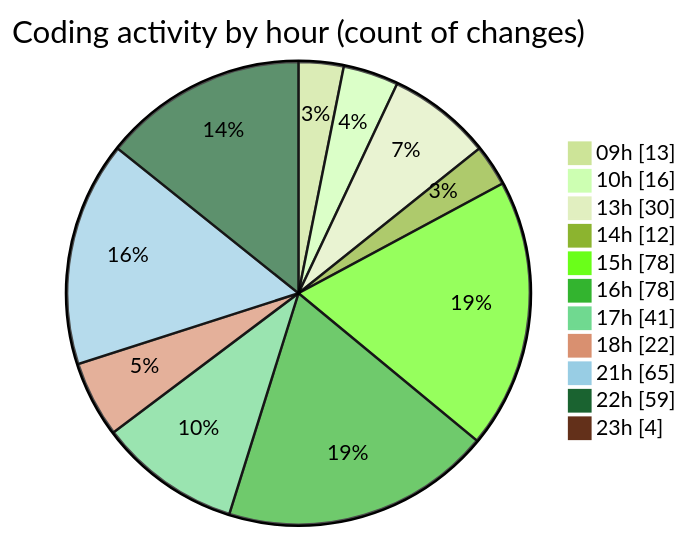
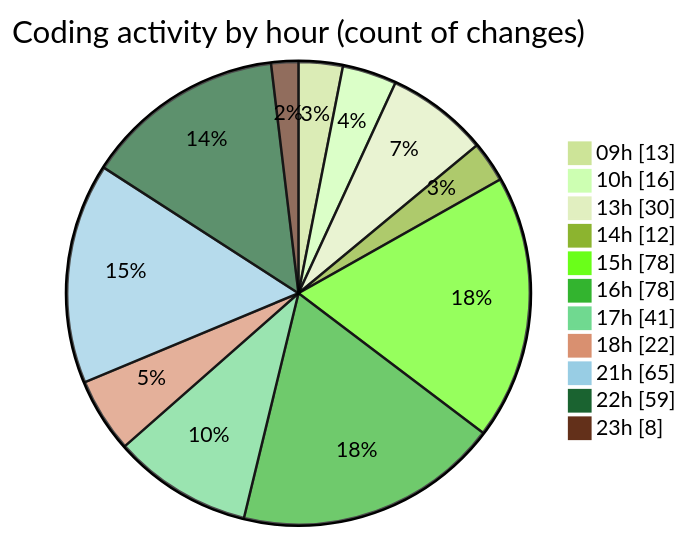
One commit to momahboobian/code-tracking changed the second of 2 diagrams in 2025-03-31/cda/README.md. Above: the diagram before and after it, drawn with Mermaid (forest theme). The commit also changed other lines of this file and 1 other file, not shown here.

````diff
--- a/2025-03-31/cda/README.md
+++ b/2025-03-31/cda/README.md
@@ -50,15 +50,15 @@
 ```mermaid
 pie showData
 title Coding activity by hour (count of changes)
 "09h" : 13
 "10h" : 16
 "13h" : 30
 "14h" : 12
 "15h" : 78
 "16h" : 78
 "17h" : 41
 "18h" : 22
 "21h" : 65
 "22h" : 59
-"23h" : 4
+"23h" : 8
 ```
````
